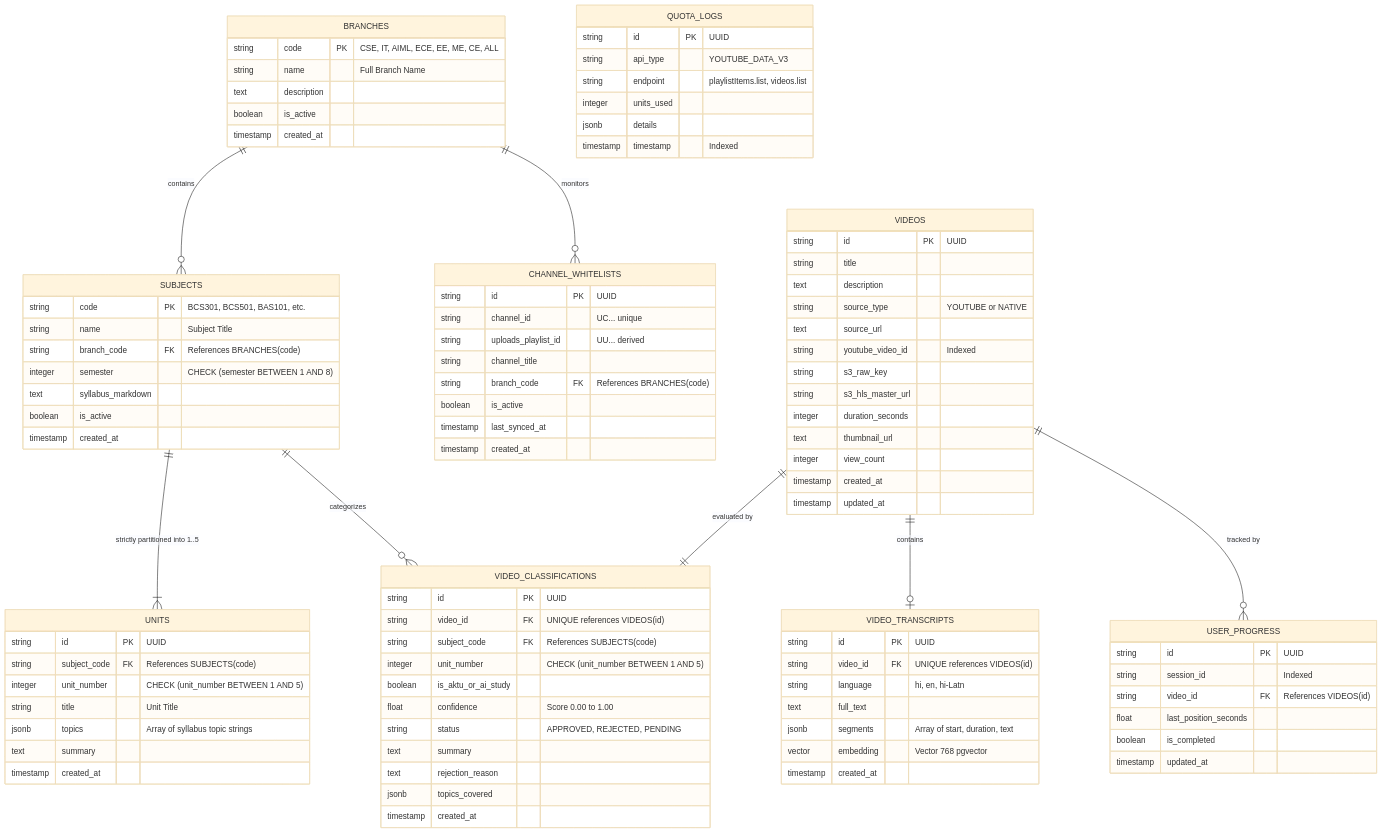
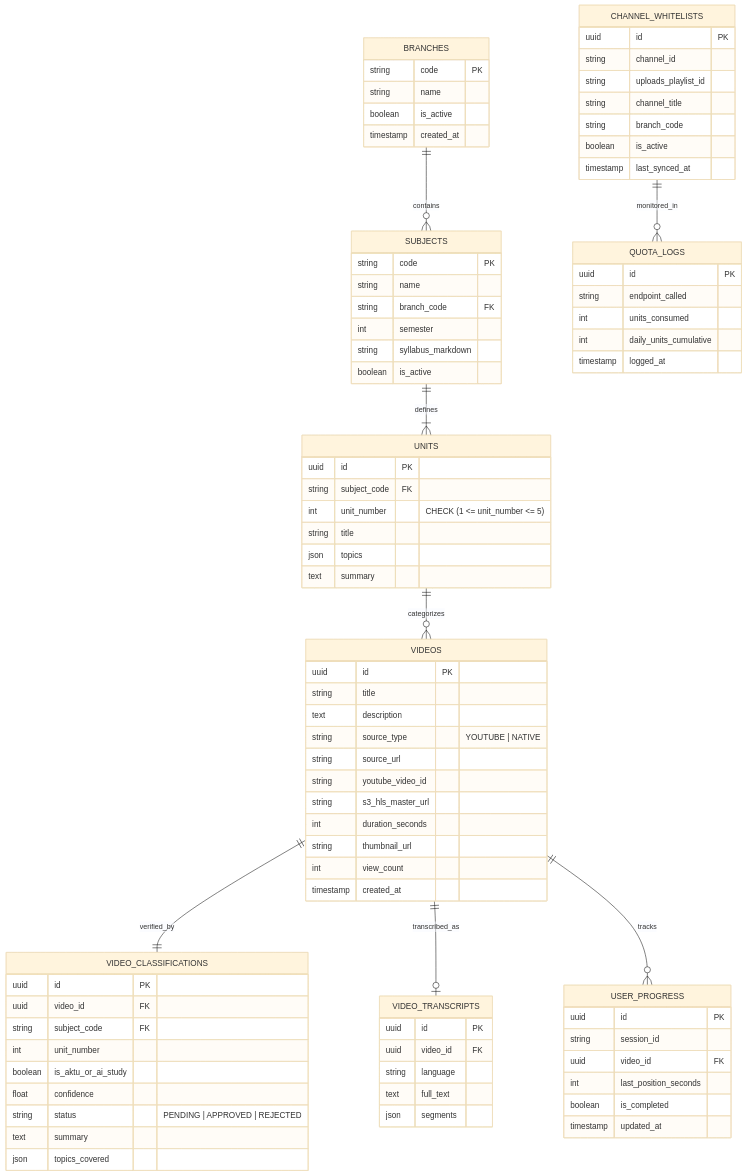
Before and after one commit to shivanshSWE-cmd/aktu-stream-ai: the fifth of 5 diagrams in ARCHITECTURE.md, drawn with Mermaid (base theme). The commit also changed other lines of this file and 42 other files, not shown here.

Commit message:
feat: complete modular architecture for backend and frontend with UnifiedPlayer and syllabus routing

````diff
--- a/ARCHITECTURE.md
+++ b/ARCHITECTURE.md
@@ -229,107 +82,96 @@
 ```mermaid
 erDiagram
-    BRANCHES ||--o{ SUBJECTS : "contains"
-    BRANCHES ||--o{ CHANNEL_WHITELISTS : "monitors"
-    SUBJECTS ||--|{ UNITS : "strictly partitioned into 1..5"
-    SUBJECTS ||--o{ VIDEO_CLASSIFICATIONS : "categorizes"
-    VIDEOS ||--|| VIDEO_CLASSIFICATIONS : "evaluated by"
-    VIDEOS ||--o| VIDEO_TRANSCRIPTS : "contains"
-    VIDEOS ||--o{ USER_PROGRESS : "tracked by"
+    BRANCHES ||--o{ SUBJECTS : contains
+    SUBJECTS ||--|{ UNITS : defines
+    UNITS ||--o{ VIDEOS : categorizes
+    VIDEOS ||--|| VIDEO_CLASSIFICATIONS : verified_by
+    VIDEOS ||--o| VIDEO_TRANSCRIPTS : transcribed_as
+    VIDEOS ||--o{ USER_PROGRESS : tracks
+    CHANNEL_WHITELISTS ||--o{ QUOTA_LOGS : monitored_in
 
     BRANCHES {
-        string code PK "CSE, IT, AIML, ECE, EE, ME, CE, ALL"
-        string name "Full Branch Name"
-        text description
+        string code PK
+        string name
         boolean is_active
         timestamp created_at
     }
 
     SUBJECTS {
-        string code PK "BCS301, BCS501, BAS101, etc."
-        string name "Subject Title"
-        string branch_code FK "References BRANCHES(code)"
-        integer semester "CHECK (semester BETWEEN 1 AND 8)"
-        text syllabus_markdown
+        string code PK
+        string name
+        string branch_code FK
+        int semester
+        string syllabus_markdown
         boolean is_active
+    }
+
+    UNITS {
+        uuid id PK
+        string subject_code FK
+        int unit_number "CHECK (1 <= unit_number <= 5)"
+        string title
+        json topics
+        text summary
+    }
+
+    VIDEOS {
+        uuid id PK
+        string title
+        text description
+        string source_type "YOUTUBE | NATIVE"
+        string source_url
+        string youtube_video_id
+        string s3_hls_master_url
+        int duration_seconds
+        string thumbnail_url
+        int view_count
         timestamp created_at
     }
 
-    UNITS {
-        string id PK "UUID"
-        string subject_code FK "References SUBJECTS(code)"
-        integer unit_number "CHECK (unit_number BETWEEN 1 AND 5)"
-        string title "Unit Title"
-        jsonb topics "Array of syllabus topic strings"
+    VIDEO_CLASSIFICATIONS {
+        uuid id PK
+        uuid video_id FK
+        string subject_code FK
+        int unit_number
+        boolean is_aktu_or_ai_study
+        float confidence
+        string status "PENDING | APPROVED | REJECTED"
         text summary
-        timestamp created_at
-    }
-
-    VIDEOS {
-        string id PK "UUID"
-        string title
-        text description
-        string source_type "YOUTUBE or NATIVE"
-        text source_url
-        string youtube_video_id "Indexed"
-        string s3_raw_key
-        string s3_hls_master_url
-        integer duration_seconds
-        text thumbnail_url
-        integer view_count
-        timestamp created_at
-        timestamp updated_at
-    }
-
-    VIDEO_CLASSIFICATIONS {
-        string id PK "UUID"
-        string video_id FK "UNIQUE references VIDEOS(id)"
-        string subject_code FK "References SUBJECTS(code)"
-        integer unit_number "CHECK (unit_number BETWEEN 1 AND 5)"
-        boolean is_aktu_or_ai_study
-        float confidence "Score 0.00 to 1.00"
-        string status "APPROVED, REJECTED, PENDING"
-        text summary
-        text rejection_reason
-        jsonb topics_covered
-        timestamp created_at
+        json topics_covered
     }
 
     VIDEO_TRANSCRIPTS {
-        string id PK "UUID"
-        string video_id FK "UNIQUE references VIDEOS(id)"
-        string language "hi, en, hi-Latn"
+        uuid id PK
+        uuid video_id FK
+        string language
         text full_text
-        jsonb segments "Array of start, duration, text"
-        vector embedding "Vector 768 pgvector"
-        timestamp created_at
+        json segments
     }
 
     USER_PROGRESS {
-        string id PK "UUID"
-        string session_id "Indexed"
-        string video_id FK "References VIDEOS(id)"
-        float last_position_seconds
+        uuid id PK
+        string session_id
+        uuid video_id FK
+        int last_position_seconds
         boolean is_completed
         timestamp updated_at
     }
 
     CHANNEL_WHITELISTS {
-        string id PK "UUID"
-        string channel_id "UC... unique"
-        string uploads_playlist_id "UU... derived"
+        uuid id PK
+        string channel_id
+        string uploads_playlist_id
         string channel_title
-        string branch_code FK "References BRANCHES(code)"
+        string branch_code
         boolean is_active
         timestamp last_synced_at
-        timestamp created_at
     }
 
     QUOTA_LOGS {
-        string id PK "UUID"
-        string api_type "YOUTUBE_DATA_V3"
-        string endpoint "playlistItems.list, videos.list"
-        integer units_used
-        jsonb details
-        timestamp timestamp "Indexed"
+        uuid id PK
+        string endpoint_called
+        int units_consumed
+        int daily_units_cumulative
+        timestamp logged_at
     }
 ```
````
